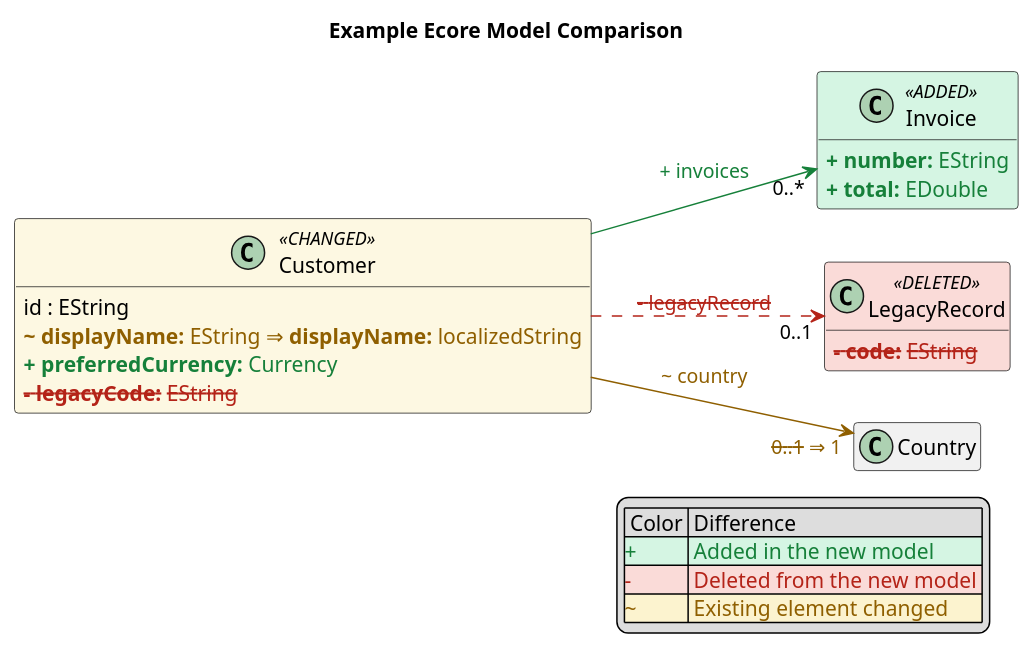
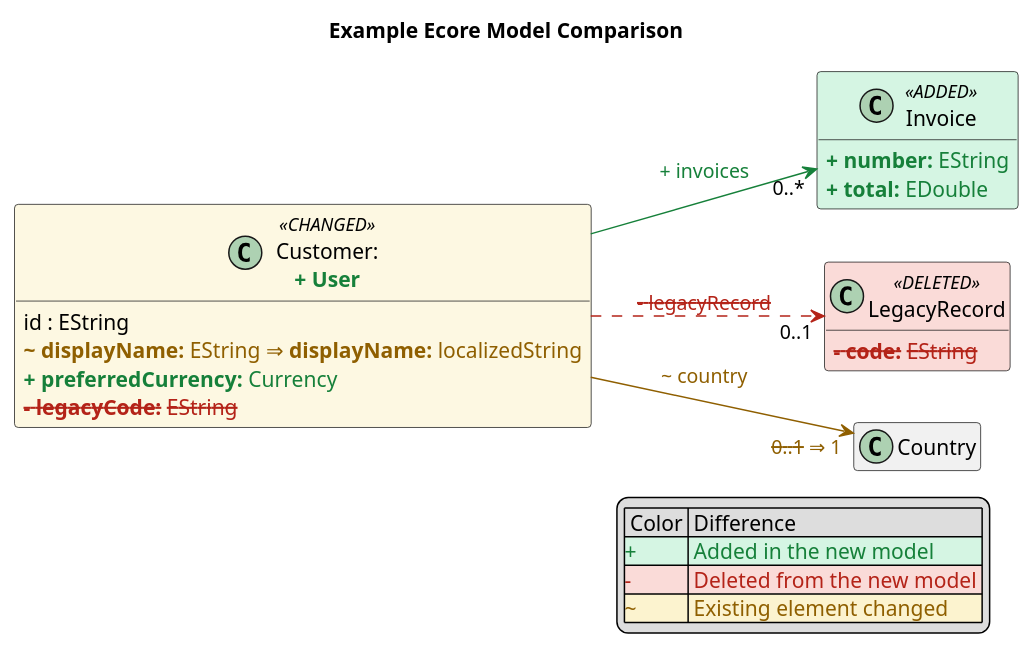
One commit to fadihania/emf-compare-standalone changed the diagram in plantuml/diagram.puml. Above: the diagram before and after it, drawn with PlantUML. The commit also changed 9 other files, not shown here.

Commit message:
Export PlantUM diagram as SVG

```diff
--- a/plantuml/diagram.puml
+++ b/plantuml/diagram.puml
@@ -1,37 +1,37 @@
 @startuml
 title Example Ecore Model Comparison
 
 left to right direction
 hide empty members
 skinparam classAttributeIconSize 0
 
-class "Customer" as C_Customer <<CHANGED>> #FDF8E2 {
+class "Customer:\n<color:#16803A><b>+ User</b></color>" as C_Customer <<CHANGED>> #FDF8E2 {
   id : EString
   <color:#8F5F00><b>~ displayName:</b> EString ⇒ <b>displayName:</b> localizedString</color>
   <color:#16803A><b>+ preferredCurrency:</b> Currency</color>
   <color:#B42318><s><b>- legacyCode:</b> EString</s></color>
 }
 
 class "Invoice" as C_Invoice <<ADDED>> #D5F5E3 {
   <color:#16803A><b>+ number:</b> EString</color>
   <color:#16803A><b>+ total:</b> EDouble</color>
 }
 
 class "LegacyRecord" as C_LegacyRecord <<DELETED>> #FADBD8 {
   <color:#B42318><s><b>- code:</b> EString</s></color>
 }
 
 ' Unchanged; included only as an affected reference endpoint
 class "Country" as C_Country
 
 C_Customer -[#16803A]-> "0..*" C_Invoice : <color:#16803A>+ invoices</color>
 C_Customer -[#B42318,dashed]-> "0..1" C_LegacyRecord : <color:#B42318><s>- legacyRecord</s></color>
 C_Customer -[#8F5F00]-> "<color:#8F5F00><s>0..1</s> ⇒ 1" C_Country : <color:#8F5F00>~ country</color>
 
 legend right
   | Color | Difference |
   |<#D5F5E3><color:#16803A>+|<#D5F5E3> <color:#16803A>Added in the new model |
   |<#FADBD8><color:#B42318>-|<#FADBD8> <color:#B42318>Deleted from the new model |
   |<#FCF3CF><color:#8F5F00>~|<#FCF3CF> <color:#8F5F00>Existing element changed |
 endlegend
 @enduml
```
